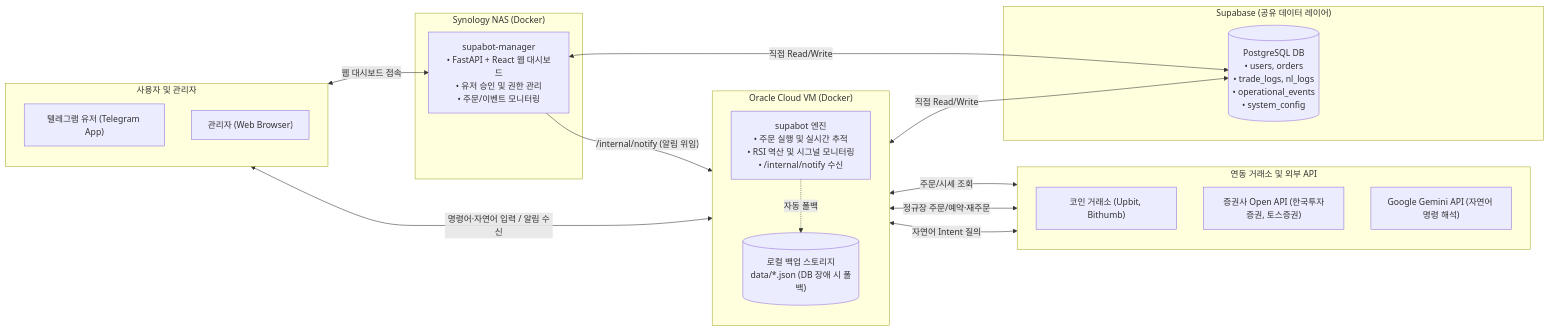
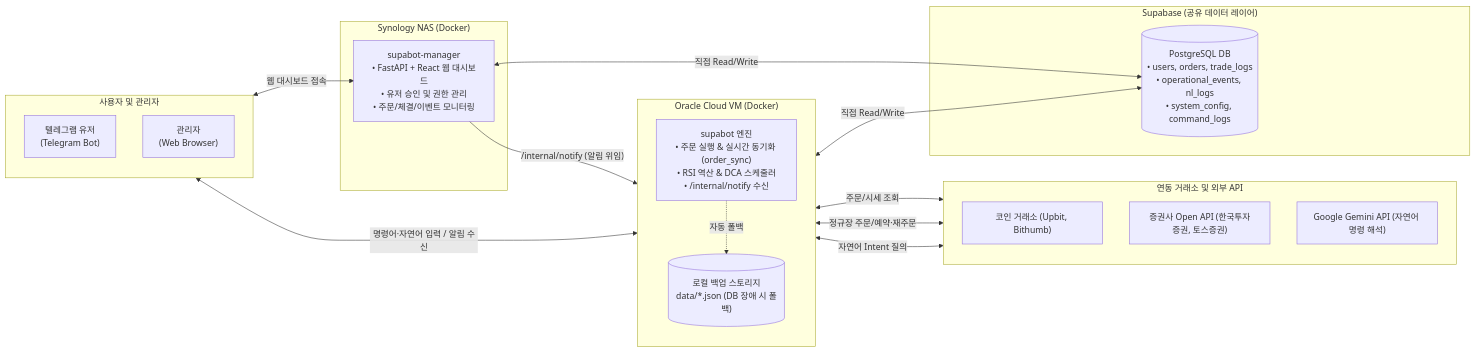
Before and after one commit to antny-bot/supabot: the diagram in README.md, drawn with Mermaid. The commit also changed other lines of this file and 1 other file, not shown here.

````diff
--- a/README.md
+++ b/README.md
@@ -9,41 +11,41 @@
 ```mermaid
 flowchart LR
     subgraph Clients["사용자 및 관리자"]
         direction TB
-        TGUser["텔레그램 유저 (Telegram App)"]
-        AdminUser["관리자 (Web Browser)"]
+        TGUser["텔레그램 유저\n(Telegram Bot)"]
+        AdminUser["관리자\n(Web Browser)"]
     end
 
     subgraph OCI["Oracle Cloud VM (Docker)"]
         direction TB
-        Bot["supabot 엔진\n• 주문 실행 및 실시간 추적\n• RSI 역산 및 시그널 모니터링\n• /internal/notify 수신"]
+        Bot["supabot 엔진\n• 주문 실행 & 실시간 동기화 (order_sync)\n• RSI 역산 & DCA 스케줄러\n• /internal/notify 수신"]
         LocalData[("로컬 백업 스토리지\ndata/*.json (DB 장애 시 폴백)")]
     end
 
     subgraph CloudDB["Supabase (공유 데이터 레이어)"]
-        DB[("PostgreSQL DB\n• users, orders\n• trade_logs, nl_logs\n• operational_events\n• system_config")]
+        DB[("PostgreSQL DB\n• users, orders, trade_logs\n• operational_events, nl_logs\n• system_config, command_logs")]
     end
 
     subgraph Synology["Synology NAS (Docker)"]
-        Manager["supabot-manager\n• FastAPI + React 웹 대시보드\n• 유저 승인 및 권한 관리\n• 주문/이벤트 모니터링"]
+        Manager["supabot-manager\n• FastAPI + React 웹 대시보드\n• 유저 승인 및 권한 관리\n• 주문/체결/이벤트 모니터링"]
     end
 
     subgraph External["연동 거래소 및 외부 API"]
         direction TB
         Crypto["코인 거래소 (Upbit, Bithumb)"]
         Stock["증권사 Open API (한국투자증권, 토스증권)"]
         Gemini["Google Gemini API (자연어 명령 해석)"]
     end
 
     TGUser <-->|"명령어·자연어 입력 / 알림 수신"| Bot
     AdminUser <-->|"웹 대시보드 접속"| Manager
 
     Bot <-->|"직접 Read/Write"| DB
     Bot -.->|"자동 폴백"| LocalData
     Manager <-->|"직접 Read/Write"| DB
     Manager -->|"/internal/notify (알림 위임)"| Bot
 
     Bot <-->|"주문/시세 조회"| Crypto
     Bot <-->|"정규장 주문/예약·재주문"| Stock
     Bot <-->|"자연어 Intent 질의"| Gemini
 ```
````
